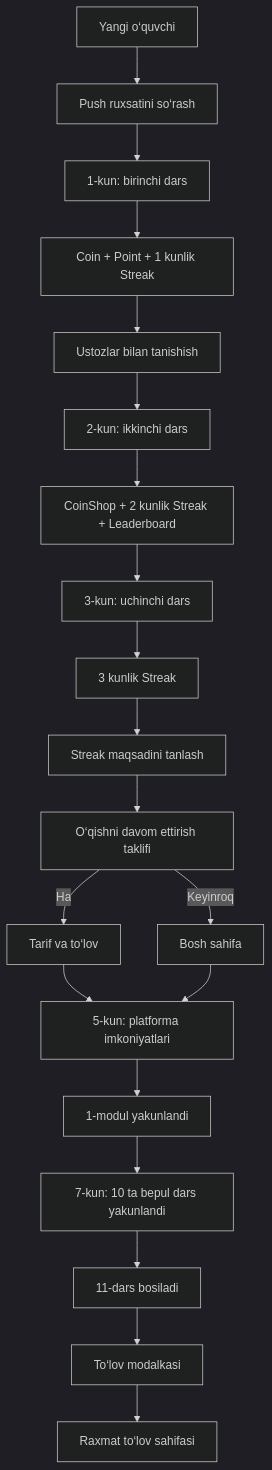
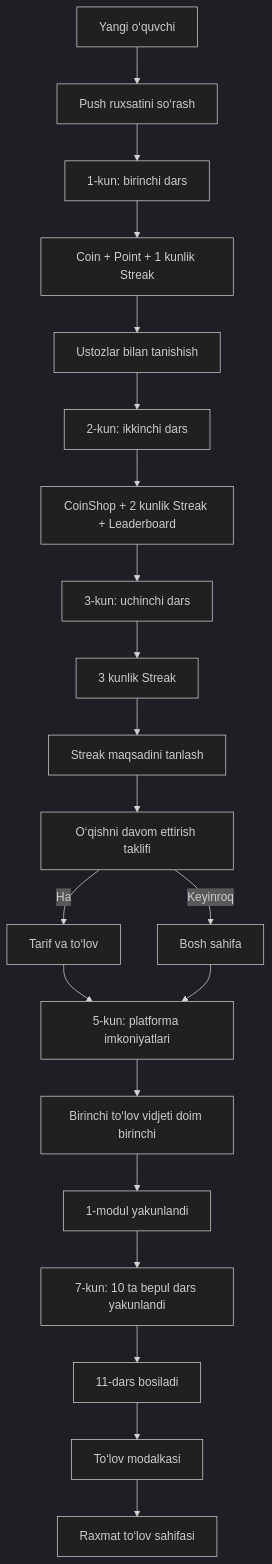
The diagram in FULL-ONBOARDING-PROCESS.md (azimovamunisa0322-sys/junior-vidjet-maketlar), drawn with Mermaid (dark theme) before and after one commit. The commit also changed other lines of this file and 3 other files, not shown here.

````diff
--- a/FULL-ONBOARDING-PROCESS.md
+++ b/FULL-ONBOARDING-PROCESS.md
@@ -23,22 +23,23 @@
 ```mermaid
 flowchart TD
     A[Yangi o‘quvchi] --> B[Push ruxsatini so‘rash]
     B --> C[1-kun: birinchi dars]
     C --> D[Coin + Point + 1 kunlik Streak]
     D --> E[Ustozlar bilan tanishish]
     E --> F[2-kun: ikkinchi dars]
     F --> G[CoinShop + 2 kunlik Streak + Leaderboard]
     G --> H[3-kun: uchinchi dars]
     H --> I[3 kunlik Streak]
     I --> J[Streak maqsadini tanlash]
     J --> K[O‘qishni davom ettirish taklifi]
     K -->|Ha| L[Tarif va to‘lov]
     K -->|Keyinroq| M[Bosh sahifa]
     L --> N[5-kun: platforma imkoniyatlari]
     M --> N
-    N --> O[1-modul yakunlandi]
+    N --> N1[Birinchi to‘lov vidjeti doim birinchi]
+    N1 --> O[1-modul yakunlandi]
     O --> P[7-kun: 10 ta bepul dars yakunlandi]
     P --> Q[11-dars bosiladi]
     Q --> R[To‘lov modalkasi]
     R --> S[Raxmat to‘lov sahifasi]
 ```
````
